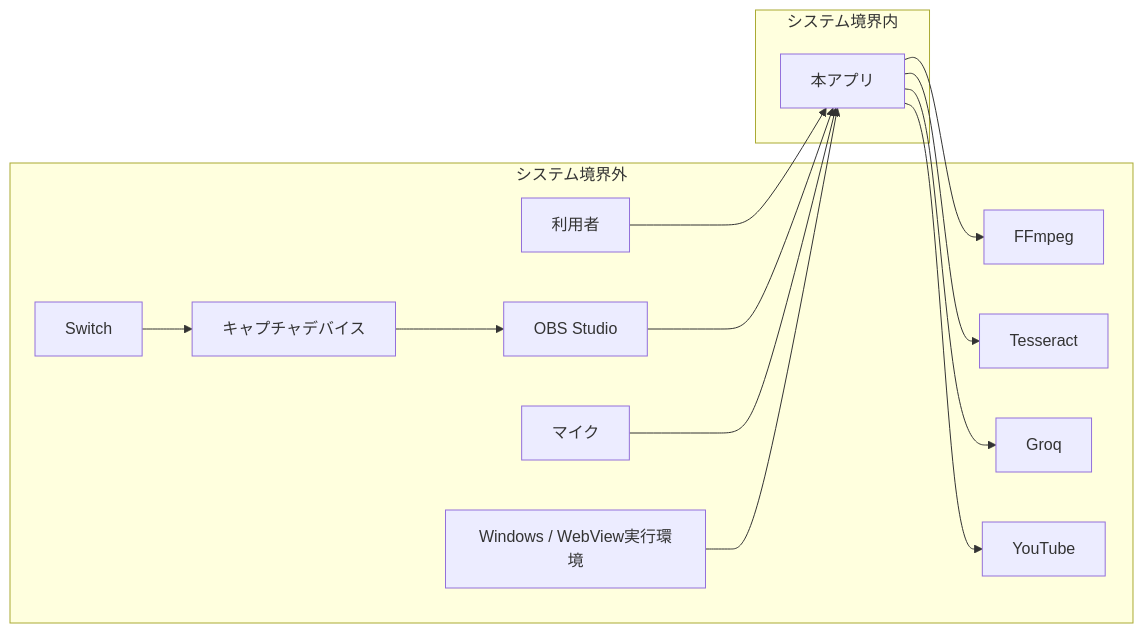
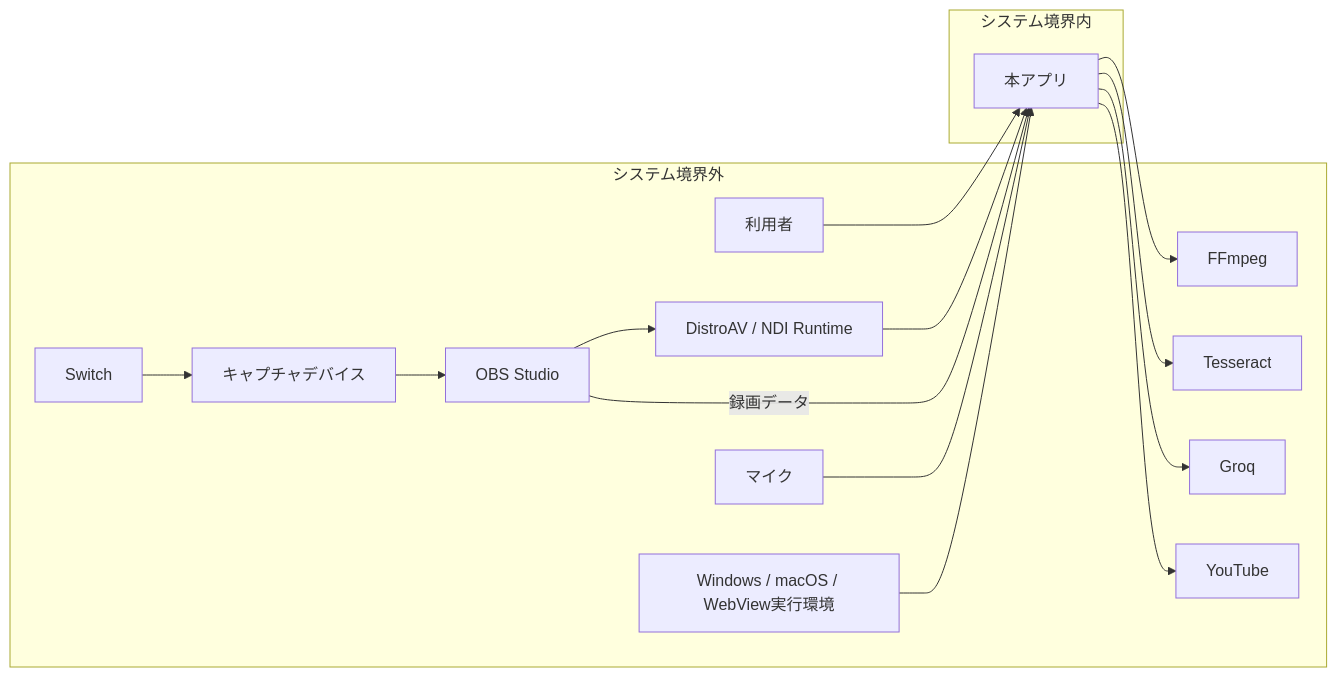
Before and after one commit to saw4405/splat-replay2: the first of 8 diagrams in docs/external_spec.md, drawn with Mermaid. The commit also changed other lines of this file and 13 other files, not shown here.

````diff
--- a/docs/external_spec.md
+++ b/docs/external_spec.md
@@ -32,27 +32,29 @@
 ```mermaid
 graph LR
     subgraph Outside[システム境界外]
         User[利用者]
         Switch[Switch]
         CaptureDevice[キャプチャデバイス]
         Microphone[マイク]
         OBS[OBS Studio]
+        NDI[DistroAV / NDI Runtime]
         FFmpeg[FFmpeg]
         Tesseract[Tesseract]
         Groq[Groq]
         YouTube[YouTube]
-        Runtime[Windows / WebView実行環境]
+        Runtime[Windows / macOS / WebView実行環境]
     end
     subgraph Inside[システム境界内]
         App[本アプリ]
     end
 
     User --> App
-    Switch --> CaptureDevice --> OBS --> App
+    Switch --> CaptureDevice --> OBS --> NDI --> App
+    OBS -- 録画データ --> App
     Microphone --> App
     Runtime --> App
     App --> FFmpeg
     App --> Tesseract
     App --> Groq
     App --> YouTube
 ```
````
